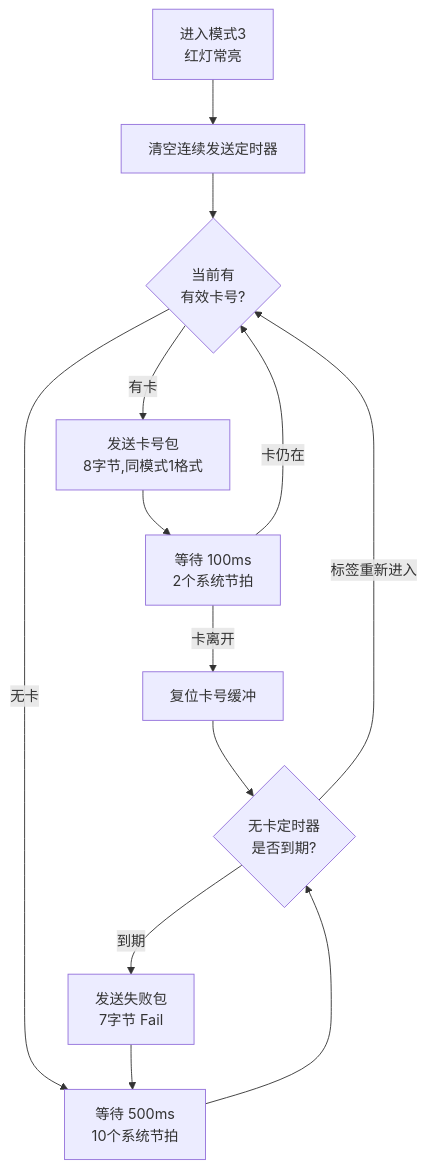
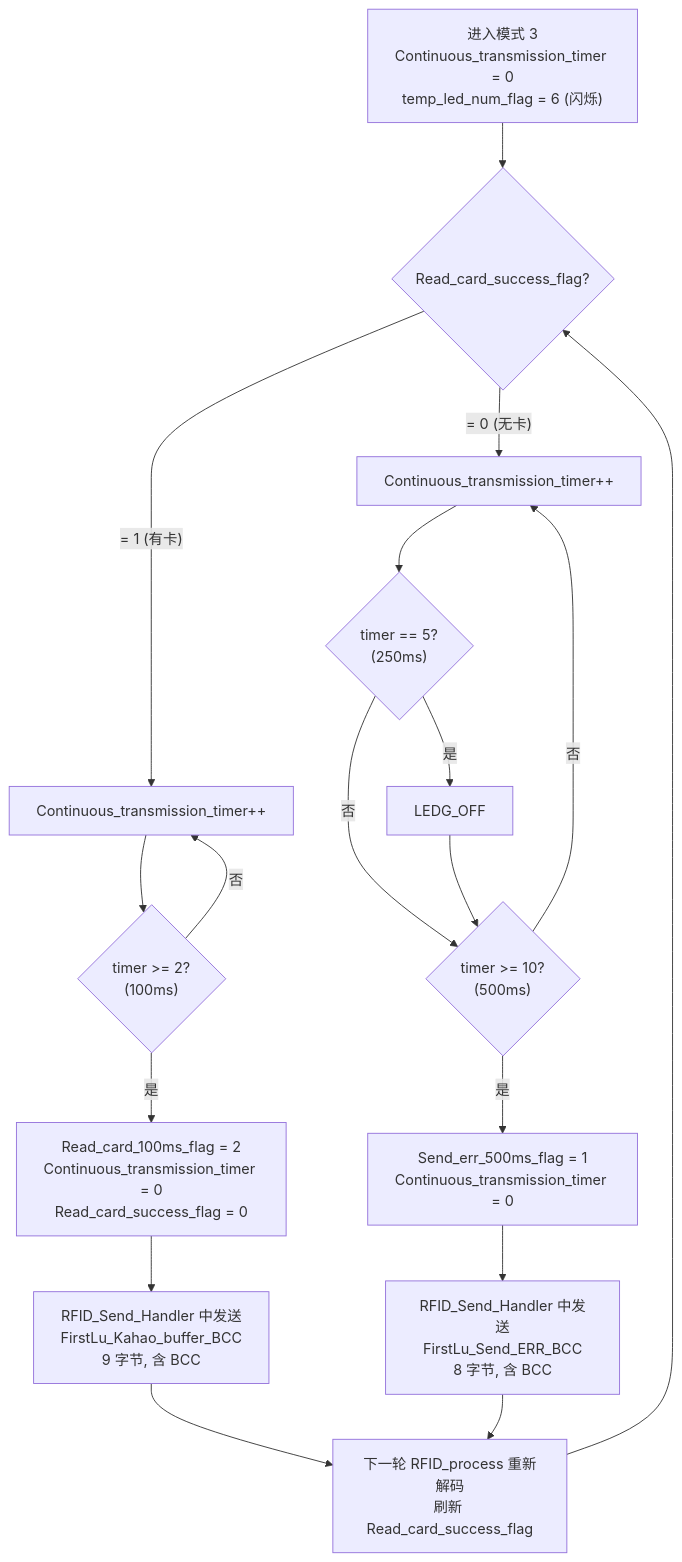
The sixth of 10 diagrams in 工作/SR3读卡器/260802SR3读卡器需求.md (Siaiai/ObsidianNote), drawn with Mermaid before and after one commit. The commit also changed other lines of this file, not shown here.

````diff
--- a/工作/SR3读卡器/260802SR3读卡器需求.md
+++ b/工作/SR3读卡器/260802SR3读卡器需求.md
@@ -312,18 +479,26 @@
 ```mermaid
 flowchart TD
-    Enter3[进入模式3<br/>红灯常亮] --> ClearTimer[清空连续发送定时器]
-    ClearTimer --> Loop{当前有<br/>有效卡号?}
+    Enter3["进入模式 3<br/>Continuous_transmission_timer = 0<br/>temp_led_num_flag = 6 (闪烁)"] --> Loop
 
-    Loop -->|有卡| HasCard[发送卡号包<br/>8字节,同模式1格式]
-    HasCard --> CardDelay[等待 100ms<br/>2个系统节拍]
-    CardDelay -->|卡离开| CardLeave[复位卡号缓冲]
-    CardDelay -->|卡仍在| Loop
+    Loop{"Read_card_success_flag?"}
 
-    CardLeave --> NoCardLoop{无卡定时器<br/>是否到期?}
+    Loop -->|"= 1 (有卡)"| CardTick["Continuous_transmission_timer++"]
+    CardTick --> CardCheck{"timer >= 2?<br/>(100ms)"}
+    CardCheck -->|否| CardTick
+    CardCheck -->|是| CardSend["Read_card_100ms_flag = 2<br/>Continuous_transmission_timer = 0<br/>Read_card_success_flag = 0"]
 
-    Loop -->|无卡| NoCardWait[等待 500ms<br/>10个系统节拍]
-    NoCardWait --> NoCardLoop
-    NoCardLoop -->|到期| SendFail[发送失败包<br/>7字节 Fail]
-    SendFail --> NoCardWait
-    NoCardLoop -->|标签重新进入| Loop
+    CardSend --> HandlerCard["RFID_Send_Handler 中发送<br/>FirstLu_Kahao_buffer_BCC<br/>9 字节, 含 BCC"]
+
+    Loop -->|"= 0 (无卡)"| NoTick["Continuous_transmission_timer++"]
+    NoTick --> NoCheck5{"timer == 5?<br/>(250ms)"}
+    NoCheck5 -->|是| LedOff["LEDG_OFF"]
+    NoCheck5 -->|否| NoCheck10
+    LedOff --> NoCheck10{"timer >= 10?<br/>(500ms)"}
+    NoCheck10 -->|否| NoTick
+    NoCheck10 -->|是| NoSend["Send_err_500ms_flag = 1<br/>Continuous_transmission_timer = 0"]
+    NoSend --> HandlerFail["RFID_Send_Handler 中发送<br/>FirstLu_Send_ERR_BCC<br/>8 字节, 含 BCC"]
+
+    HandlerCard --> UpdateRFID["下一轮 RFID_process 重新解码<br/>刷新 Read_card_success_flag"]
+    HandlerFail --> UpdateRFID
+    UpdateRFID --> Loop
 ```
````
